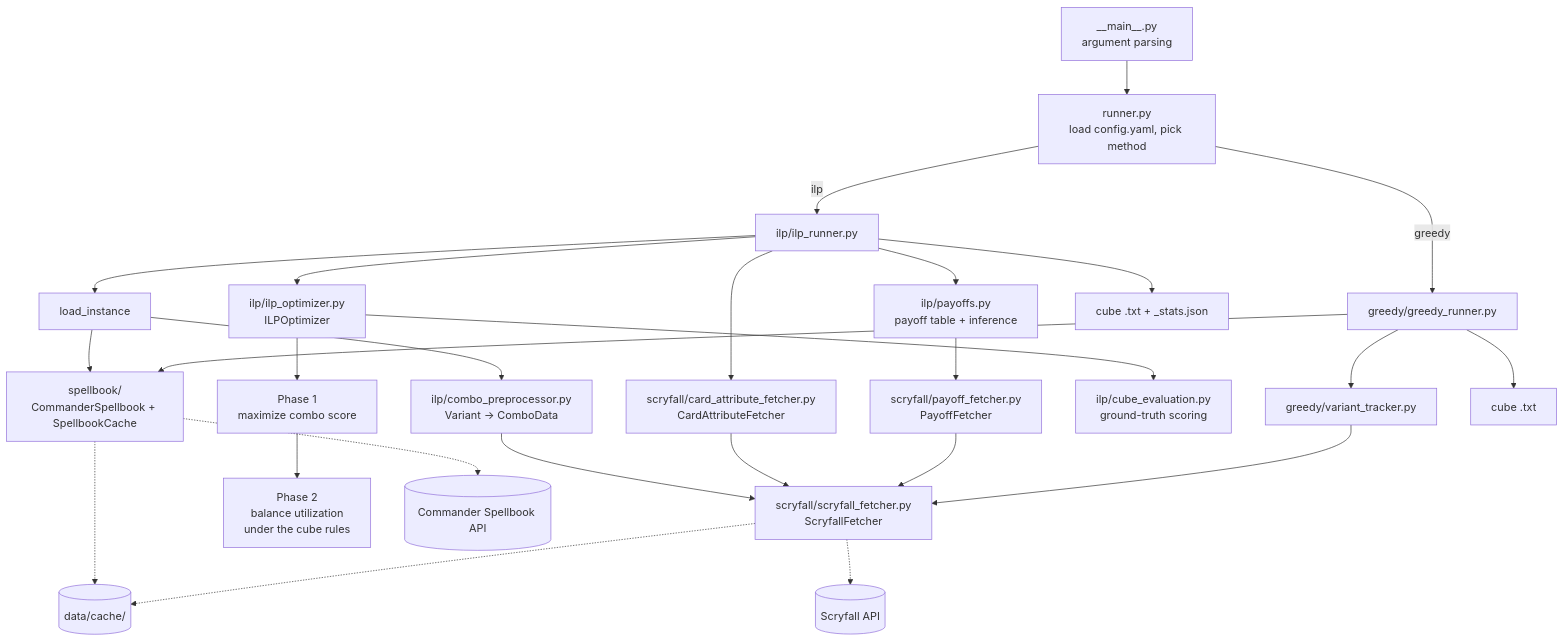
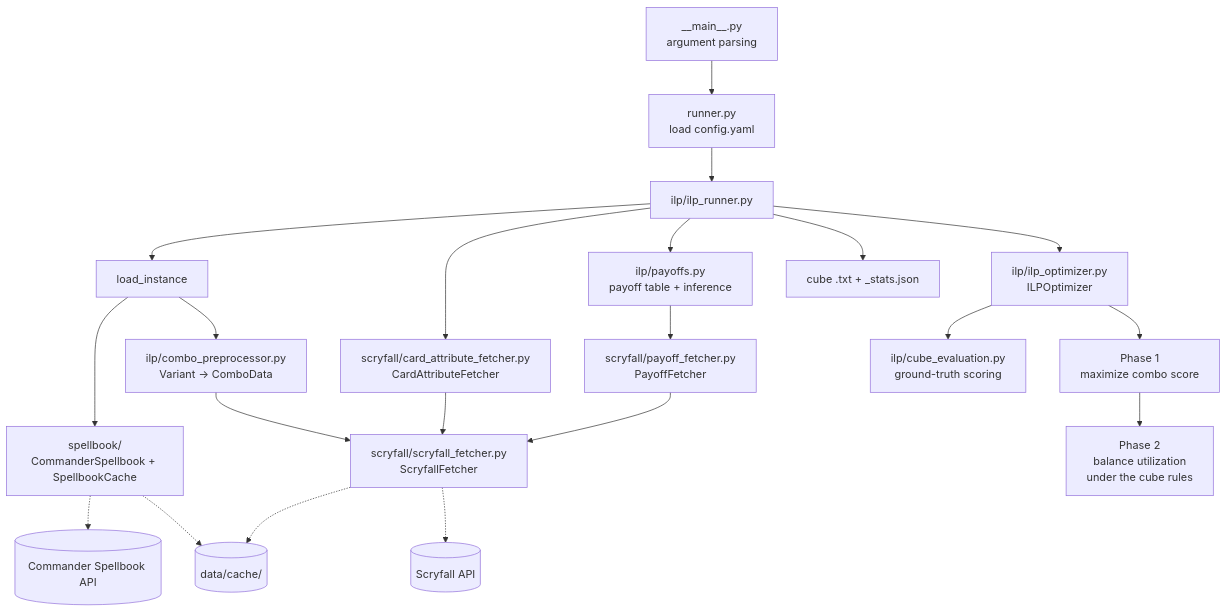
Before and after one commit to tgrunnagle/mtg-combo-cube: the diagram in docs/architecture.md, drawn with Mermaid. The commit also changed other lines of this file and 13 other files, not shown here.

````diff
--- a/docs/architecture.md
+++ b/docs/architecture.md
@@ -23,35 +20,29 @@
 ```mermaid
 flowchart TD
-    CLI["__main__.py<br/>argument parsing"] --> RUN["runner.py<br/>load config.yaml, pick method"]
+    CLI["__main__.py<br/>argument parsing"] --> RUN["runner.py<br/>load config.yaml"]
 
-    RUN -->|ilp| ILPR["ilp/ilp_runner.py"]
-    RUN -->|greedy| GR["greedy/greedy_runner.py"]
+    RUN --> ILPR["ilp/ilp_runner.py"]
 
     ILPR --> LOAD["load_instance"]
     LOAD --> SB["spellbook/<br/>CommanderSpellbook + SpellbookCache"]
     LOAD --> PRE["ilp/combo_preprocessor.py<br/>Variant -> ComboData"]
     PRE --> SF["scryfall/scryfall_fetcher.py<br/>ScryfallFetcher"]
 
     ILPR --> CAF["scryfall/card_attribute_fetcher.py<br/>CardAttributeFetcher"]
     CAF --> SF
     ILPR --> PAY["ilp/payoffs.py<br/>payoff table + inference"]
     PAY --> PF["scryfall/payoff_fetcher.py<br/>PayoffFetcher"]
     PF --> SF
 
     ILPR --> OPT["ilp/ilp_optimizer.py<br/>ILPOptimizer"]
     OPT --> P1["Phase 1<br/>maximize combo score"]
     P1 --> P2["Phase 2<br/>balance utilization<br/>under the cube rules"]
     OPT --> EVAL["ilp/cube_evaluation.py<br/>ground-truth scoring"]
 
     ILPR --> OUT["cube .txt + _stats.json"]
 
-    GR --> SB
-    GR --> VT["greedy/variant_tracker.py"]
-    VT --> SF
-    GR --> OUTG["cube .txt"]
-
     SB -.-> API1[("Commander Spellbook API")]
     SF -.-> API2[("Scryfall API")]
     SB -.-> CACHE[("data/cache/")]
     SF -.-> CACHE
 ```
````
